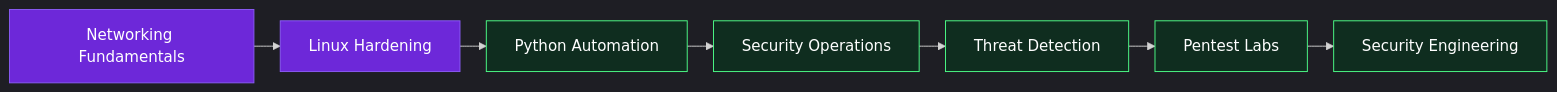
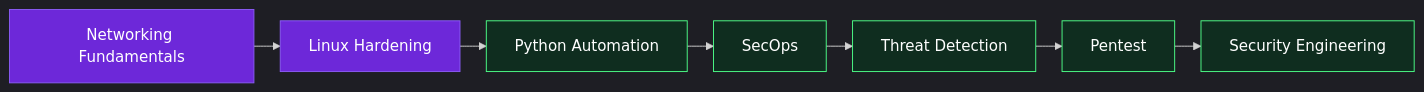
The diagram in README.md (niduwara-j/niduwara-j), drawn with Mermaid before and after one commit.

````diff
--- a/README.md
+++ b/README.md
@@ -83,16 +83,16 @@
 ```mermaid
 %%{init: {'theme':'dark','flowchart':{'nodeSpacing':18,'rankSpacing':28}}}%%
 flowchart LR
     A[Networking Fundamentals] --> B[Linux Hardening]
     B --> C[Python Automation]
-    C --> D[Security Operations]
+    C --> D[SecOps]
     D --> E[Threat Detection]
-    E --> F[Pentest Labs]
+    E --> F[Pentest]
     F --> G[Security Engineering]
 
     classDef purple fill:#6d28d9,stroke:#8b5cf6,color:#ffffff;
     classDef green fill:#0f2d1f,stroke:#4DFF88,color:#ffffff;
 
     class A,B purple;
     class C,D,E,F,G green;
 ```
````
